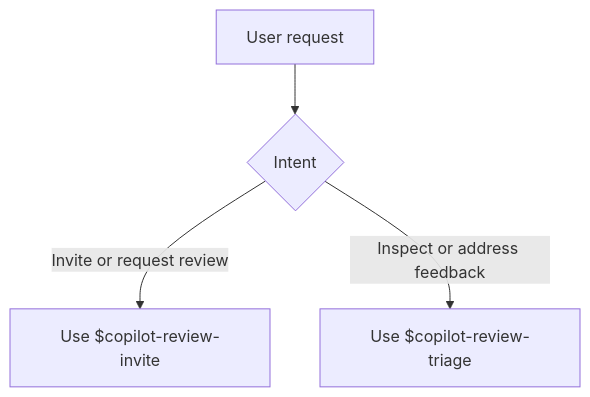
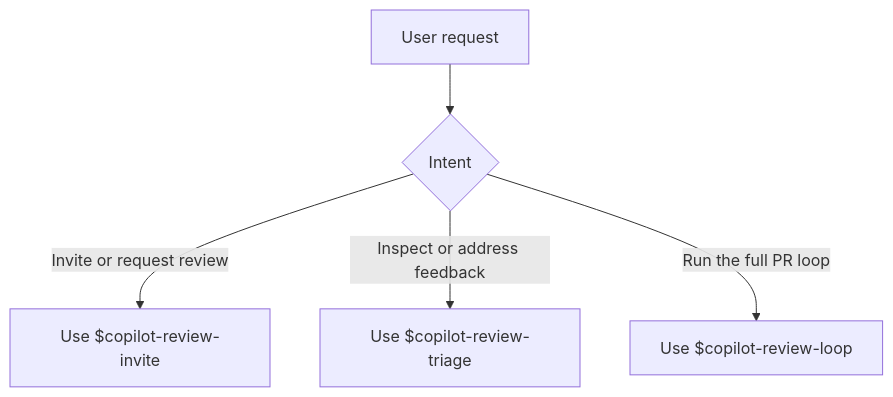
The diagram in README.md (Ma233/copilot-review), drawn with Mermaid before and after one commit. The commit also changed other lines of this file and 11 other files, not shown here.

Commit message:
Add copilot review loop skill

````diff
--- a/README.md
+++ b/README.md
@@ -16,6 +17,7 @@
 ```mermaid
 flowchart TD
     A[User request] --> B{Intent}
     B -->|Invite or request review| C[Use $copilot-review-invite]
     B -->|Inspect or address feedback| D[Use $copilot-review-triage]
+    B -->|Run the full PR loop| E[Use $copilot-review-loop]
 ```
````
